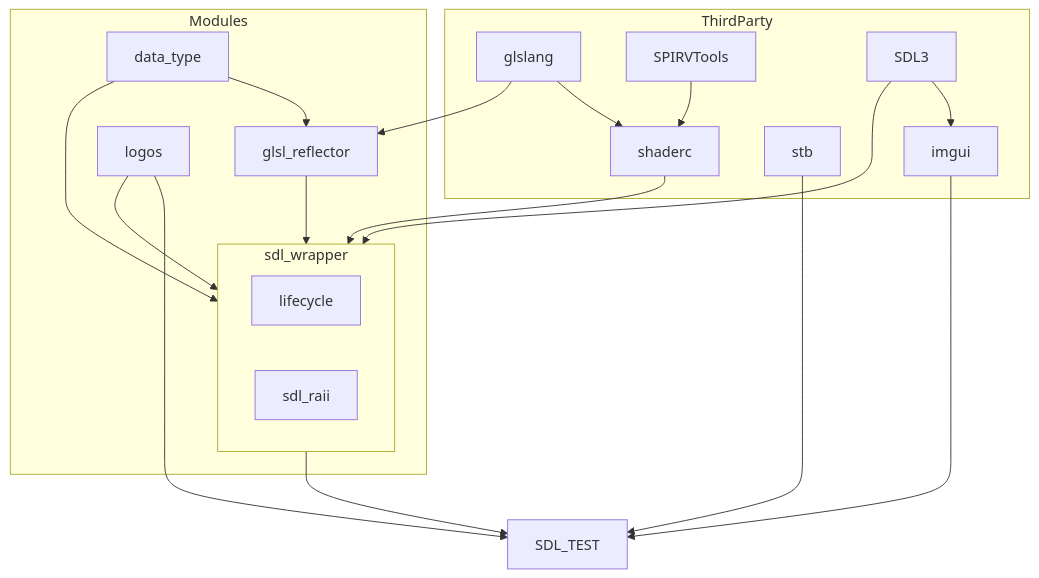
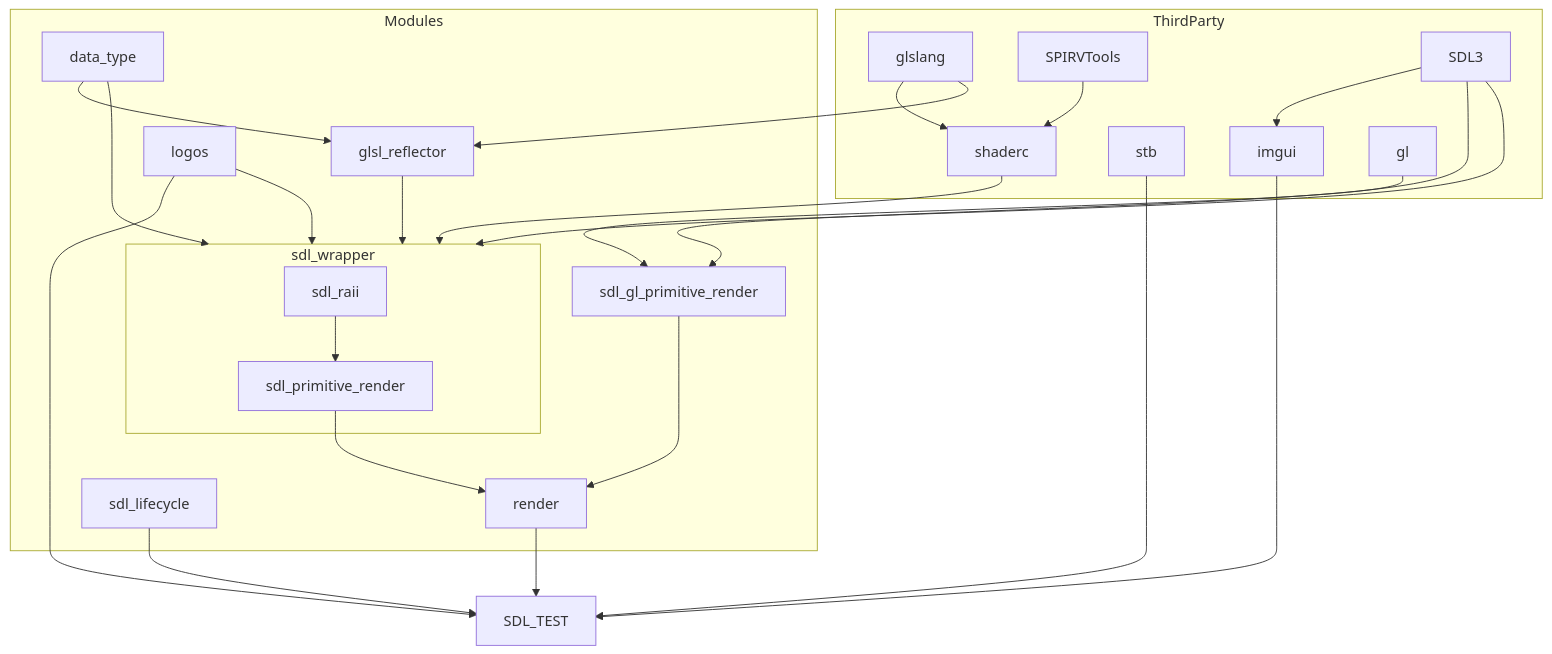
The diagram in README.md (WSQS/sdl_test), drawn with Mermaid before and after one commit. The commit also changed 5 other files, not shown here.

Commit message:
fix: ceate module sdl_lifecycle

````diff
--- a/README.md
+++ b/README.md
@@ -7,43 +7,57 @@
 ```mermaid
 graph TD
 
     subgraph ThirdParty
         glslang
         shaderc
         SPIRVTools
         SDL3
         stb
         imgui
+        gl
     end
 
     subgraph Modules
         data_type
         glsl_reflector
         sdl_wrapper
         logos
+        render
+        sdl_gl_primitive_render
+        sdl_lifecycle
     end
     
     subgraph sdl_wrapper
-        lifecycle
         sdl_raii
+        sdl_primitive_render
     end
 
     glslang --> shaderc
     SPIRVTools --> shaderc
 
     SDL3 --> imgui
 
     glslang --> glsl_reflector
     data_type --> glsl_reflector
 
     logos --> sdl_wrapper
     shaderc --> sdl_wrapper
     SDL3 --> sdl_wrapper
     glsl_reflector --> sdl_wrapper
     data_type --> sdl_wrapper
     
+    sdl_raii --> sdl_primitive_render
+    
+    gl --> sdl_gl_primitive_render
+    SDL3 --> sdl_gl_primitive_render
+    
+    sdl_primitive_render --> render
+    sdl_gl_primitive_render --> render
+    
+
+    sdl_lifecycle --> SDL_TEST
+    render --> SDL_TEST
     imgui --> SDL_TEST
-    sdl_wrapper --> SDL_TEST
     stb --> SDL_TEST
     logos --> SDL_TEST
 ```
````
